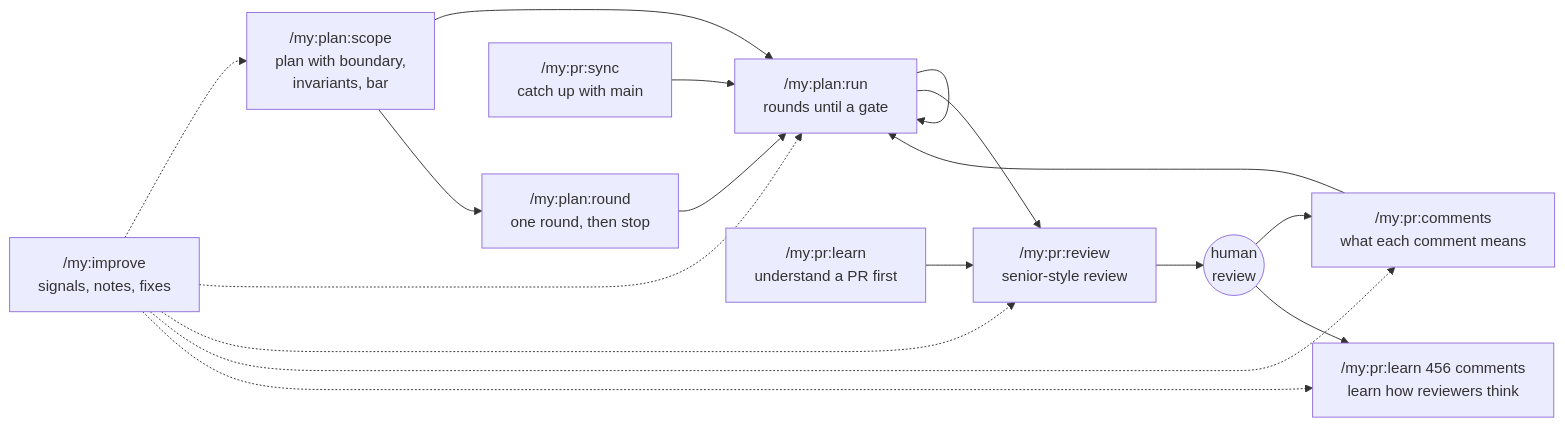
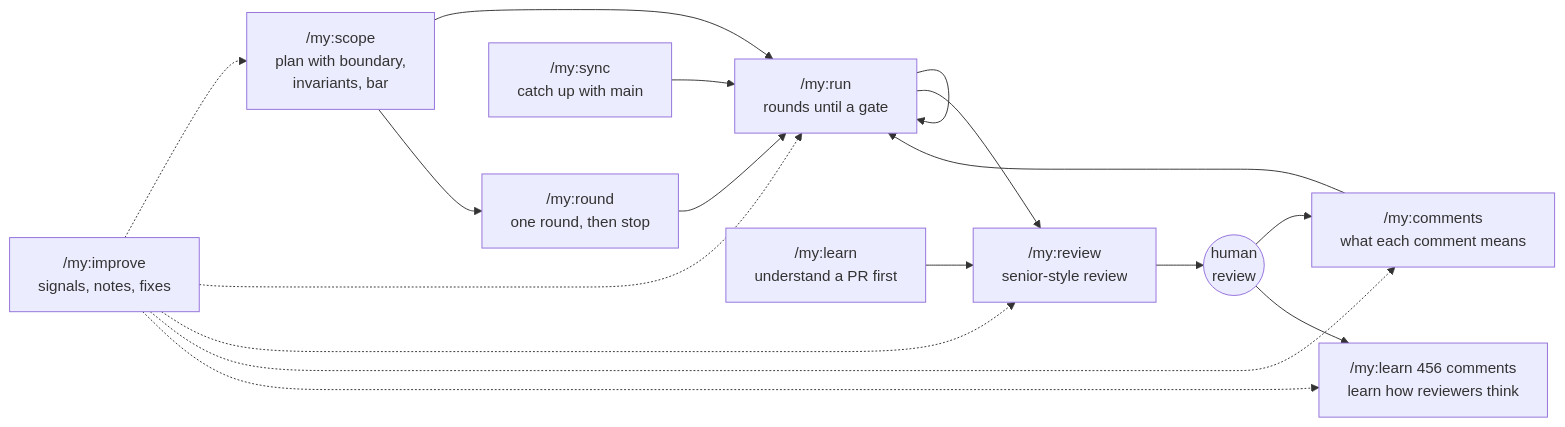
One commit to lorenzocadamuro/my-agent-kit changed the diagram in README.md. Above: the diagram before and after it, drawn with Mermaid. The commit also changed other lines of this file and 4 other files, not shown here.

````diff
--- a/README.md
+++ b/README.md
@@ -23,15 +23,15 @@
 ```mermaid
 flowchart LR
-    A["/my:plan:scope<br/>plan with boundary,<br/>invariants, bar"] --> R["/my:plan:run<br/>rounds until a gate"]
-    A --> O["/my:plan:round<br/>one round, then stop"]
+    A["/my:scope<br/>plan with boundary,<br/>invariants, bar"] --> R["/my:run<br/>rounds until a gate"]
+    A --> O["/my:round<br/>one round, then stop"]
     O --> R
     R --> R
-    Y["/my:pr:sync<br/>catch up with main"] --> R
-    R --> V["/my:pr:review<br/>senior-style review"]
-    N["/my:pr:learn<br/>understand a PR first"] --> V
+    Y["/my:sync<br/>catch up with main"] --> R
+    R --> V["/my:review<br/>senior-style review"]
+    N["/my:learn<br/>understand a PR first"] --> V
     V --> H(("human<br/>review"))
-    H --> C["/my:pr:comments<br/>what each comment means"]
+    H --> C["/my:comments<br/>what each comment means"]
     C --> R
-    H --> S["/my:pr:learn 456 comments<br/>learn how reviewers think"]
+    H --> S["/my:learn 456 comments<br/>learn how reviewers think"]
     I["/my:improve<br/>signals, notes, fixes"] -.-> A & R & V & C & S
 ```
````
